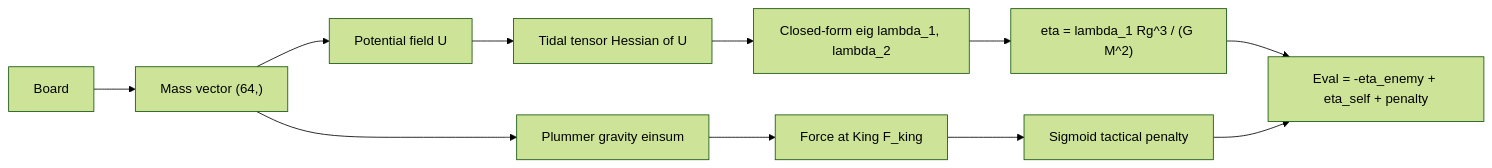
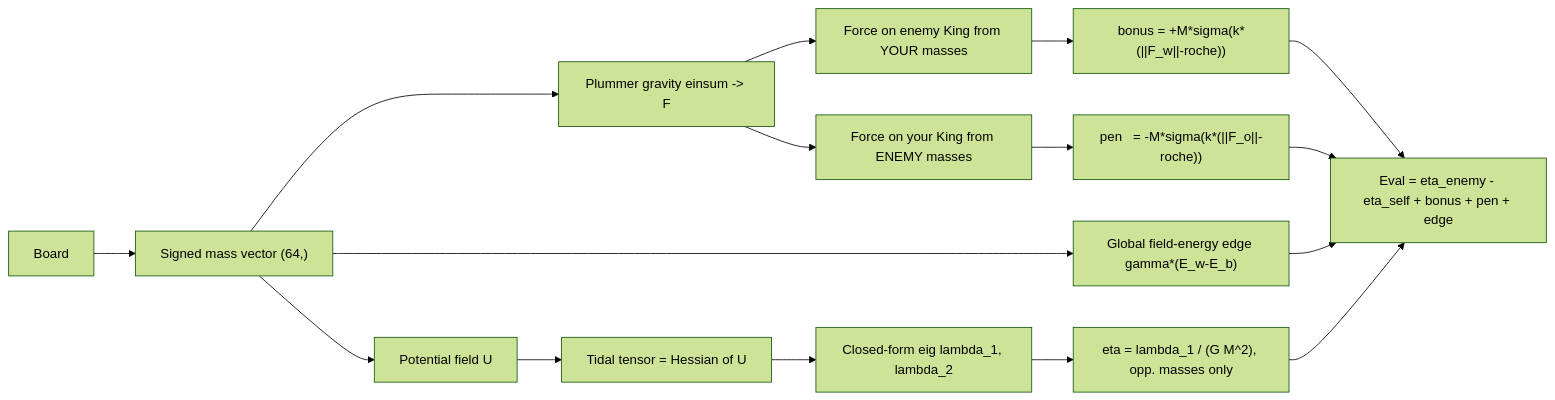
Before and after one commit to r-baruah/kepler-64: the diagram in README.md, drawn with Mermaid (forest theme). The commit also changed other lines of this file, not shown here.

Commit message:
docs: refresh README — FastBoard, source-attributed eval, training, author note

````diff
--- a/README.md
+++ b/README.md
@@ -71,13 +84,18 @@
 ```mermaid
 graph LR
-    A[Board] --> B["Mass vector (64,)"]
-    B --> C["Plummer gravity einsum"]
+    A[Board] --> B["Signed mass vector (64,)"]
+    B --> C["Plummer gravity einsum -> F"]
     B --> D["Potential field U"]
-    C --> E["Force at King F_king"]
-    D --> F["Tidal tensor Hessian of U"]
+    C --> Ew["Force on enemy King from YOUR masses"]
+    C --> Eo["Force on your King from ENEMY masses"]
+    D --> F["Tidal tensor = Hessian of U"]
     F --> G["Closed-form eig lambda_1, lambda_2"]
-    G --> H["eta = lambda_1 Rg^3 / (G M^2)"]
-    E --> I["Sigmoid tactical penalty"]
-    H --> J["Eval = -eta_enemy + eta_self + penalty"]
-    I --> J
+    G --> H["eta = lambda_1 / (G M^2), opp. masses only"]
+    Ew --> I["bonus = +M*sigma(k*(||F_w||-roche))"]
+    Eo --> J["pen   = -M*sigma(k*(||F_o||-roche))"]
+    B --> K["Global field-energy edge gamma*(E_w-E_b)"]
+    I --> L["Eval = eta_enemy - eta_self + bonus + pen + edge"]
+    J --> L
+    K --> L
+    H --> L
 ```
````
